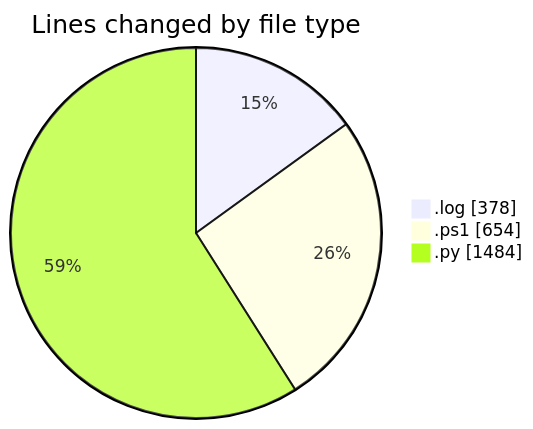
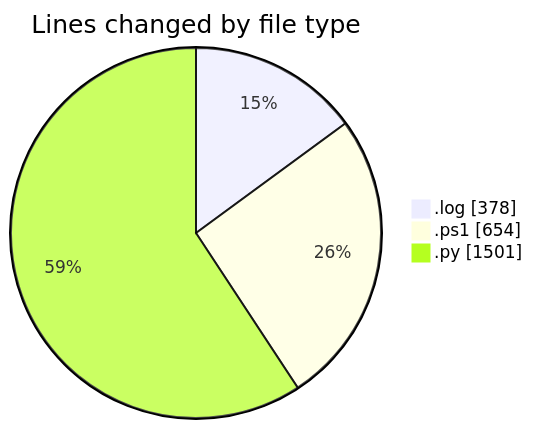
Before and after one commit to shibass792/code-tracking: the first of 2 diagrams in 2026-07-08/twenty_versions_aminor/README.md, drawn with Mermaid. The commit also changed other lines of this file and 1 other file, not shown here.

````diff
--- a/2026-07-08/twenty_versions_aminor/README.md
+++ b/2026-07-08/twenty_versions_aminor/README.md
@@ -23,7 +23,7 @@
 ```mermaid
 pie showData
 title Lines changed by file type
 ".log" : 378
 ".ps1" : 654
-".py" : 1484
+".py" : 1501
 ```
````
